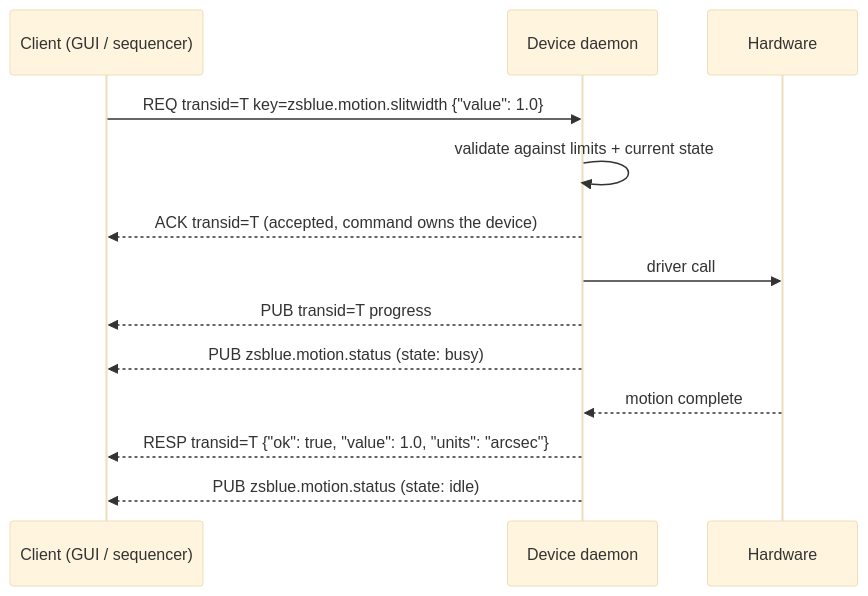
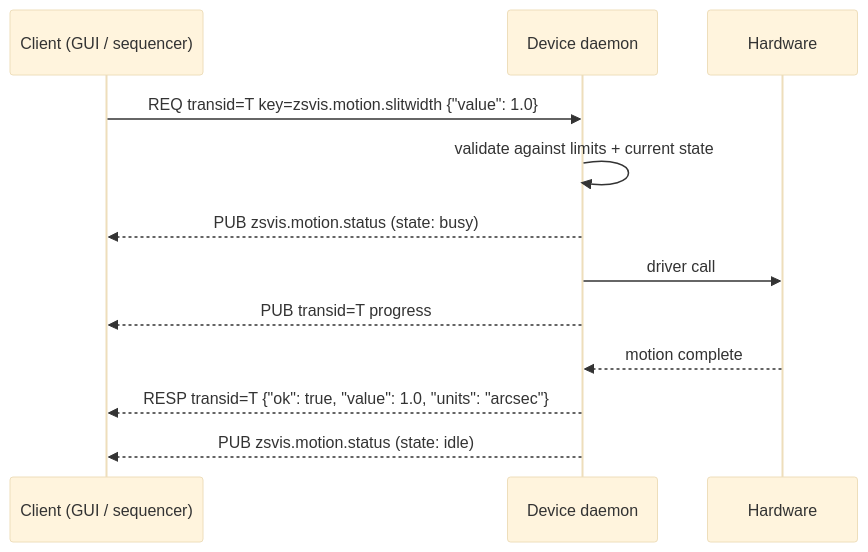
The diagram in docs/source/architecture/messaging.rst (CaltechOpticalObservatories/zshooter), drawn with Mermaid (base theme) before and after one commit. The commit also changed other lines of this file and 26 other files, not shown here.

Commit message:
Changes per architectural discussions (#2)

```diff
--- a/docs/source/architecture/messaging.rst
+++ b/docs/source/architecture/messaging.rst
@@ -119,16 +139,15 @@
 .. mermaid::
 
    sequenceDiagram
        participant C as Client (GUI / sequencer)
        participant D as Device daemon
        participant H as Hardware
 
-       C->>D: REQ  transid=T  key=zsblue.motion.slitwidth  {"value": 1.0}
+       C->>D: REQ  transid=T  key=zsvis.motion.slitwidth  {"value": 1.0}
        D->>D: validate against limits + current state
-       D-->>C: ACK  transid=T   (accepted, command owns the device)
+       D-->>C: PUB  zsvis.motion.status   (state: busy)
        D->>H: driver call
        D-->>C: PUB  transid=T   progress
-       D-->>C: PUB  zsblue.motion.status   (state: busy)
        H-->>D: motion complete
        D-->>C: RESP transid=T  {"ok": true, "value": 1.0, "units": "arcsec"}
-       D-->>C: PUB  zsblue.motion.status   (state: idle)
+       D-->>C: PUB  zsvis.motion.status   (state: idle)
```
